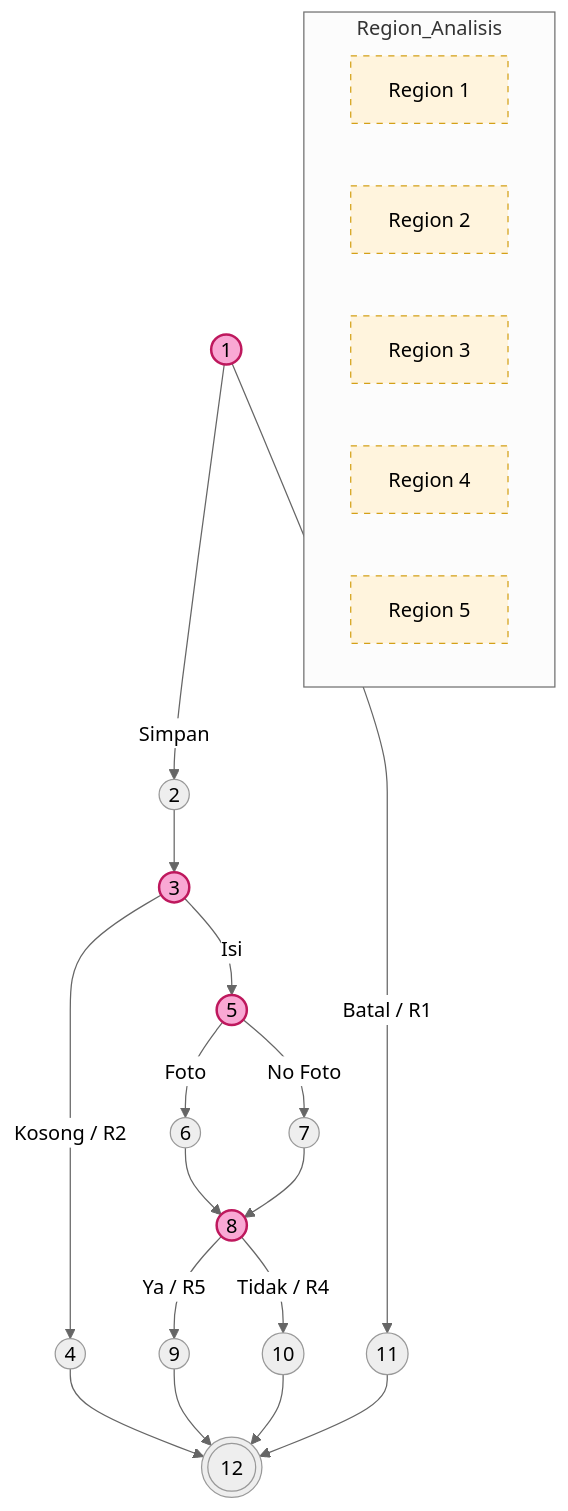
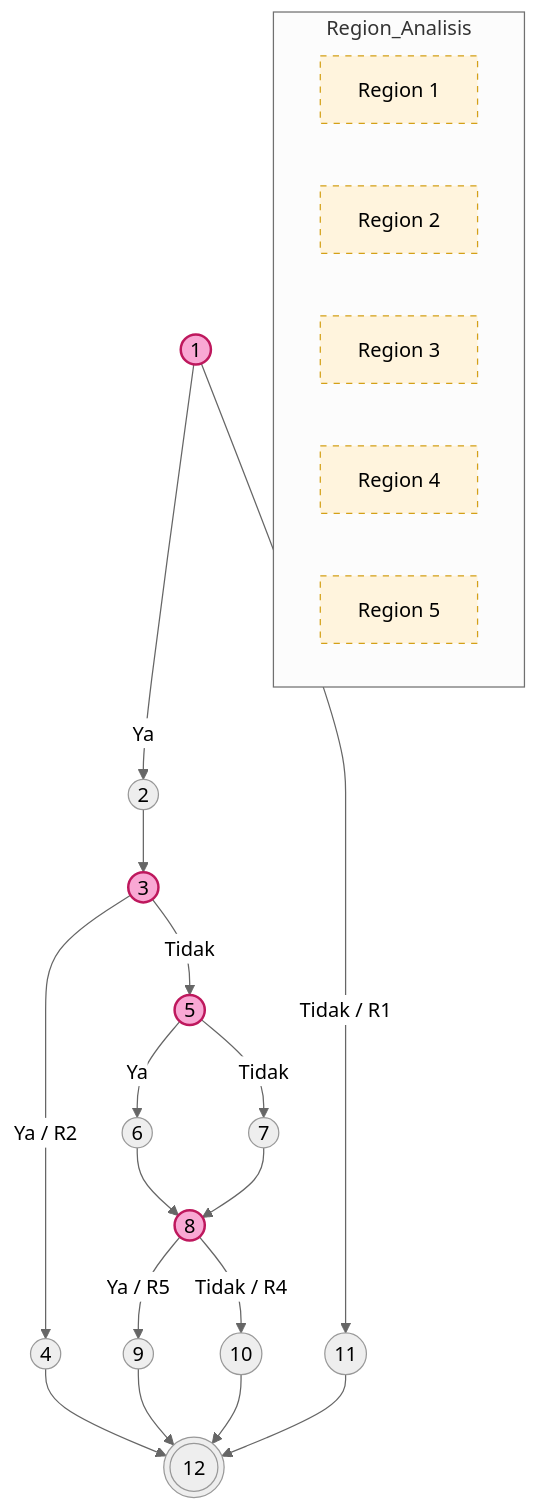
The sixth of 6 diagrams in docs/07_PENGUJIAN_WHITE_BOX.md (arbain-dev/Web_fikom), drawn with Mermaid (neutral theme) before and after one commit. The commit also changed other lines of this file, not shown here.

Commit message:
docs: fix white box flowchart for dosen module

````diff
--- a/docs/07_PENGUJIAN_WHITE_BOX.md
+++ b/docs/07_PENGUJIAN_WHITE_BOX.md
@@ -283,26 +283,26 @@
 ```mermaid
 graph TD
     classDef predicate fill:#f9a8d4,stroke:#be185d,stroke-width:2px;
     classDef region fill:#fff4dd,stroke:#d4a017,stroke-dasharray: 5 5;
 
-    1((1)):::predicate -->|Simpan| 2((2))
-    1 -->|Batal / R1| 11((11))
+    1((1)):::predicate -->|Ya| 2((2))
+    1 -->|Tidak / R1| 11((11))
     2 --> 3((3)):::predicate
-    3 -->|Kosong / R2| 4((4))
-    3 -->|Isi| 5((5)):::predicate
-    5 -->|Foto| 6((6))
-    5 -->|No Foto| 7((7))
+    3 -->|Ya / R2| 4((4))
+    3 -->|Tidak| 5((5)):::predicate
+    5 -->|Ya| 6((6))
+    5 -->|Tidak| 7((7))
     6 --> 8((8)):::predicate
     7 --> 8
     8 -->|Ya / R5| 9((9))
     8 -->|Tidak / R4| 10((10))
     4 & 9 & 10 & 11 --> 12(((12)))
 
     subgraph Region_Analisis
         R1[Region 1]:::region
         R2[Region 2]:::region
         R3[Region 3]:::region
         R4[Region 4]:::region
         R5[Region 5]:::region
     end
 ```
````
